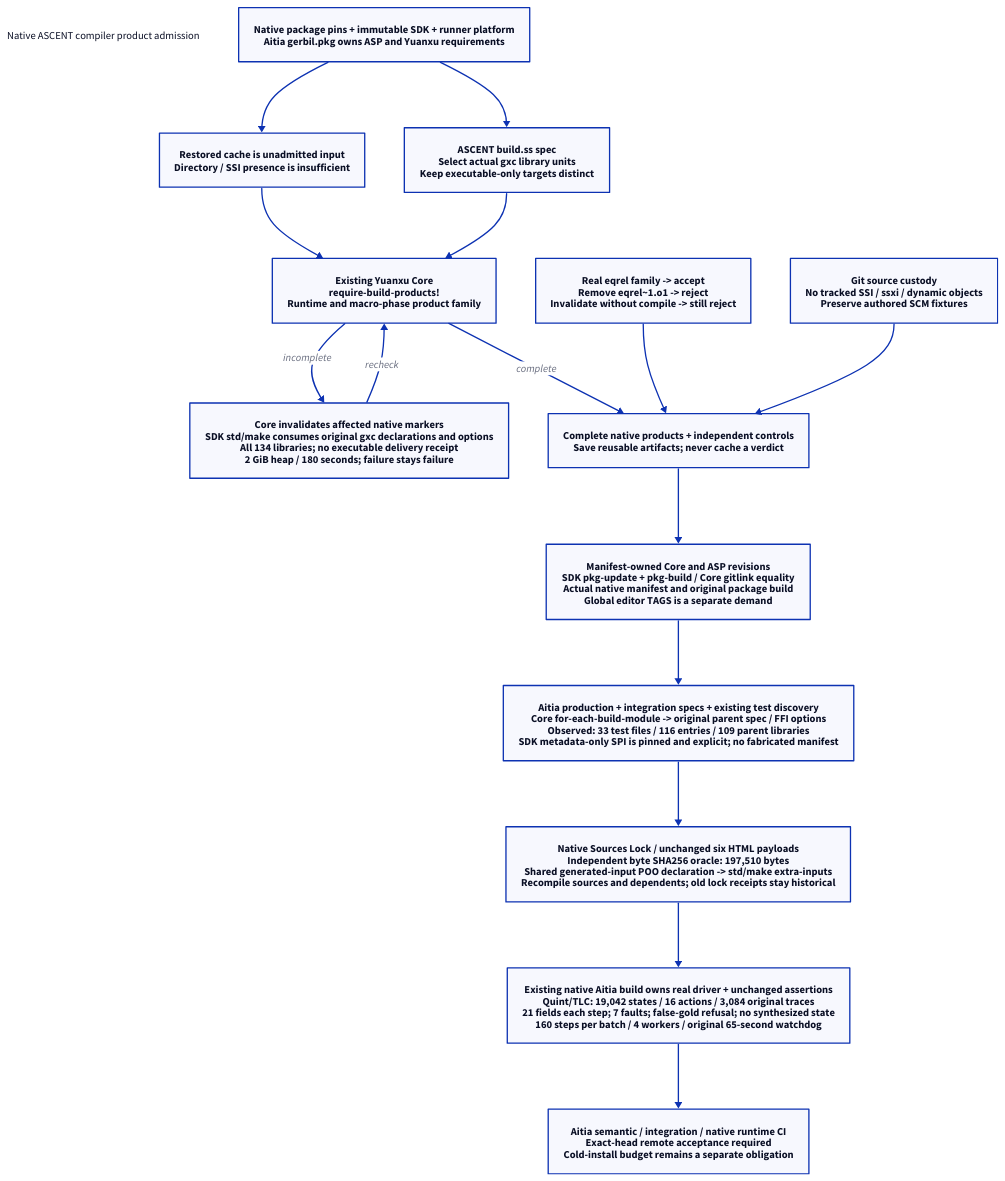
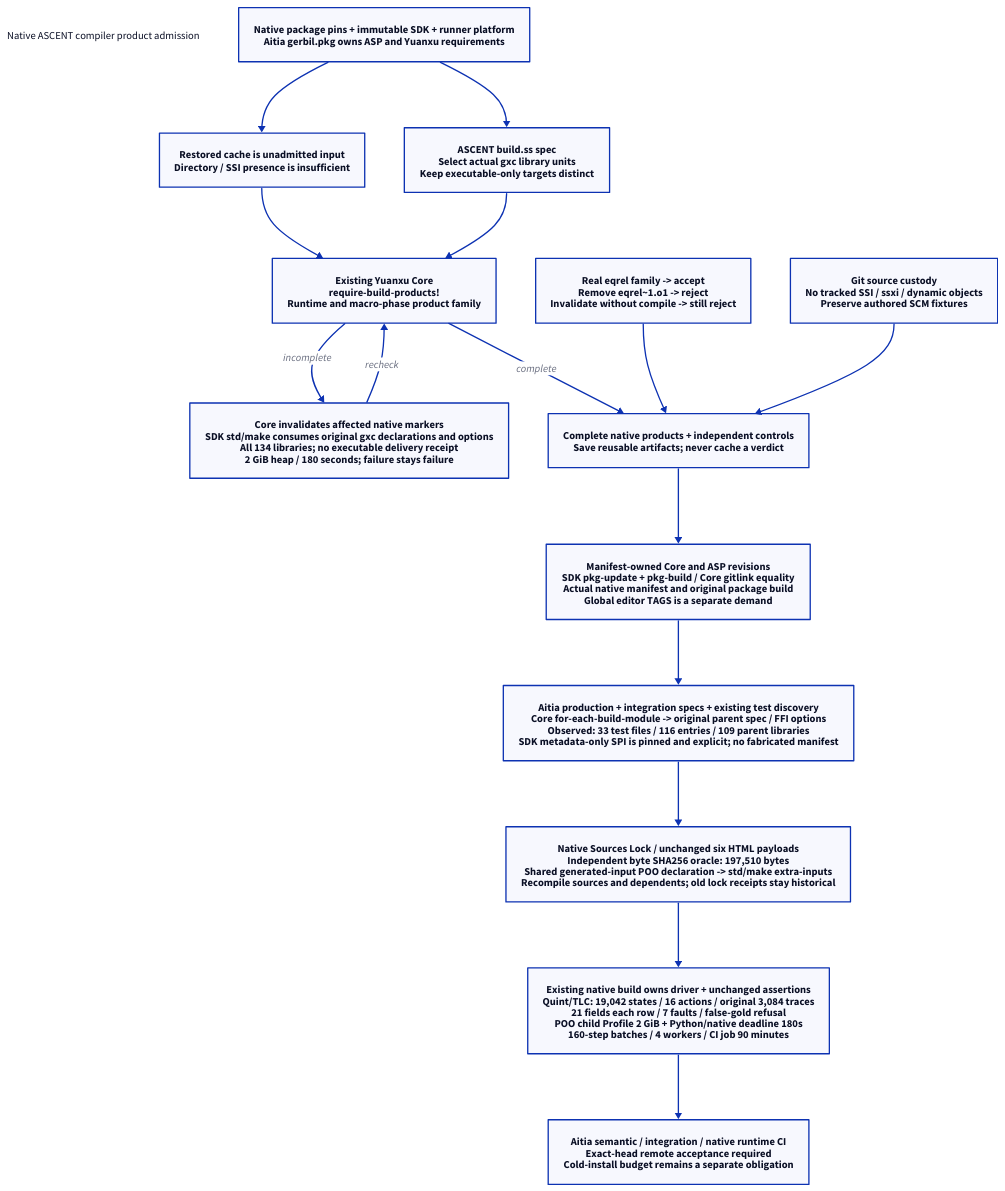
Before and after one commit to hardenedlinux/deterministic-engineering: the diagram in docs/90-99-views/90-architecture-views/90.114-native-ascent-compiler-product-admission.d2, drawn with D2. The commit also changed 3 other files, not shown here.

Commit message:
Align documented and native lifecycle budgets with the current user contract

```diff
--- a/docs/90-99-views/90-architecture-views/90.114-native-ascent-compiler-product-admission.d2
+++ b/docs/90-99-views/90-architecture-views/90.114-native-ascent-compiler-product-admission.d2
@@ -1,31 +1,31 @@
 # org-target: docs/10-19-design/10-architecture/10.125-native-ascent-compiler-product-admission.org::#native125-scope
 # render-layout: elk; theme: 0; pad: 24
 direction: down
 title: "Native ASCENT compiler product admission" {shape: text}
 inputs: "Native package pins + immutable SDK + runner platform\nAitia gerbil.pkg owns ASP and Yuanxu requirements"
 cache: "Restored cache is unadmitted input\nDirectory / SSI presence is insufficient"
 spec: "ASCENT build.ss spec\nSelect actual gxc library units\nKeep executable-only targets distinct"
 core: "Existing Yuanxu Core\nrequire-build-products!\nRuntime and macro-phase product family"
 repair: "Core invalidates affected native markers\nSDK std/make consumes original gxc declarations and options\nAll 134 libraries; no executable delivery receipt\n2 GiB heap / 180 seconds; failure stays failure"
 negative: "Real eqrel family -> accept\nRemove eqrel~1.o1 -> reject\nInvalidate without compile -> still reject"
 source: "Git source custody\nNo tracked SSI / ssxi / dynamic objects\nPreserve authored SCM fixtures"
 admit: "Complete native products + independent controls\nSave reusable artifacts; never cache a verdict"
 asp: "Manifest-owned Core and ASP revisions\nSDK pkg-update + pkg-build / Core gitlink equality\nActual native manifest and original package build\nGlobal editor TAGS is a separate demand"
 parent: "Aitia production + integration specs + existing test discovery\nCore for-each-build-module -> original parent spec / FFI options\nObserved: 33 test files / 116 entries / 109 parent libraries\nSDK metadata-only SPI is pinned and explicit; no fabricated manifest"
 lock: "Native Sources Lock / unchanged six HTML payloads\nIndependent byte SHA256 oracle: 197,510 bytes\nShared generated-input POO declaration -> std/make extra-inputs\nRecompile sources and dependents; old lock receipts stay historical"
-lifecycle: "Existing native Aitia build owns real driver + unchanged assertions\nQuint/TLC: 19,042 states / 16 actions / 3,084 original traces\n21 fields each step; 7 faults; false-gold refusal; no synthesized state\n160 steps per batch / 4 workers / original 65-second watchdog"
+lifecycle: "Existing native build owns driver + unchanged assertions\nQuint/TLC: 19,042 states / 16 actions / original 3,084 traces\n21 fields each row / 7 faults / false-gold refusal\nPOO child Profile 2 GiB + Python/native deadline 180s\n160-step batches / 4 workers / CI job 90 minutes"
 consumer: "Aitia semantic / integration / native runtime CI\nExact-head remote acceptance required\nCold-install budget remains a separate obligation"
 inputs -> cache
 inputs -> spec
 cache -> core
 spec -> core
 core -> repair: "incomplete"
 repair -> core: "recheck"
 core -> admit: "complete"
 negative -> admit
 source -> admit
 admit -> asp
 asp -> parent
 parent -> lock
 lock -> lifecycle
 lifecycle -> consumer
```
